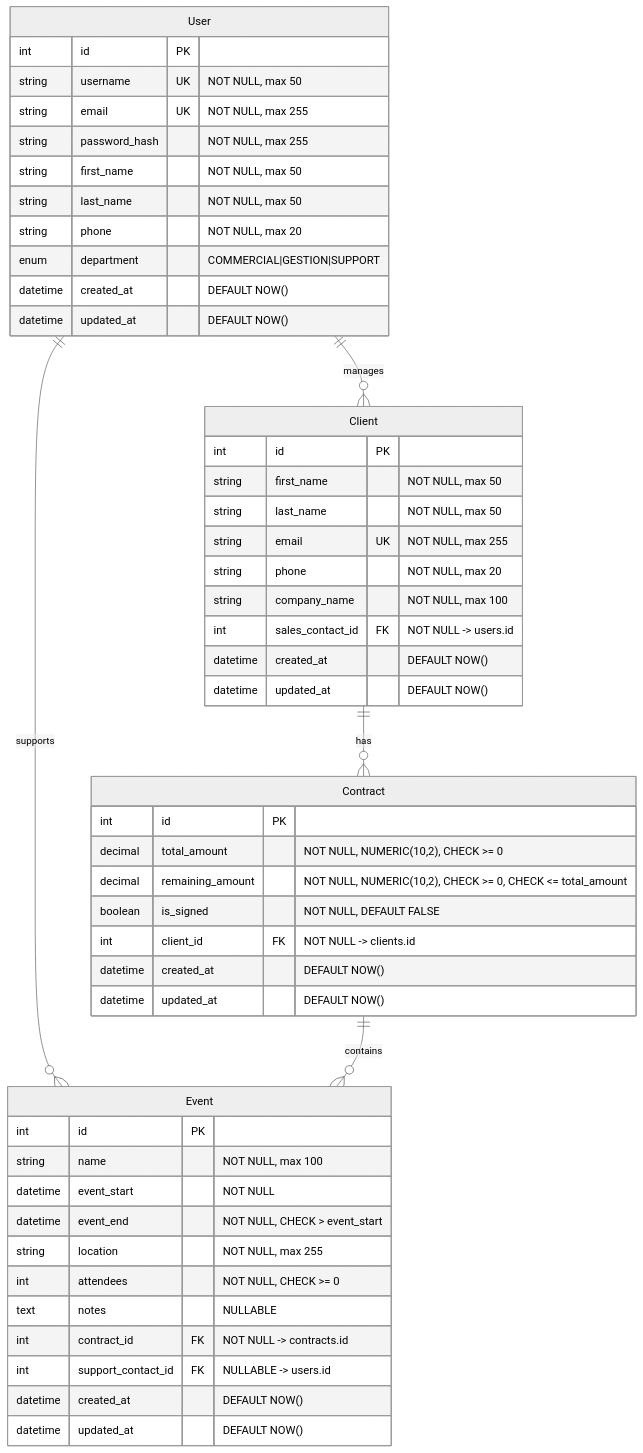
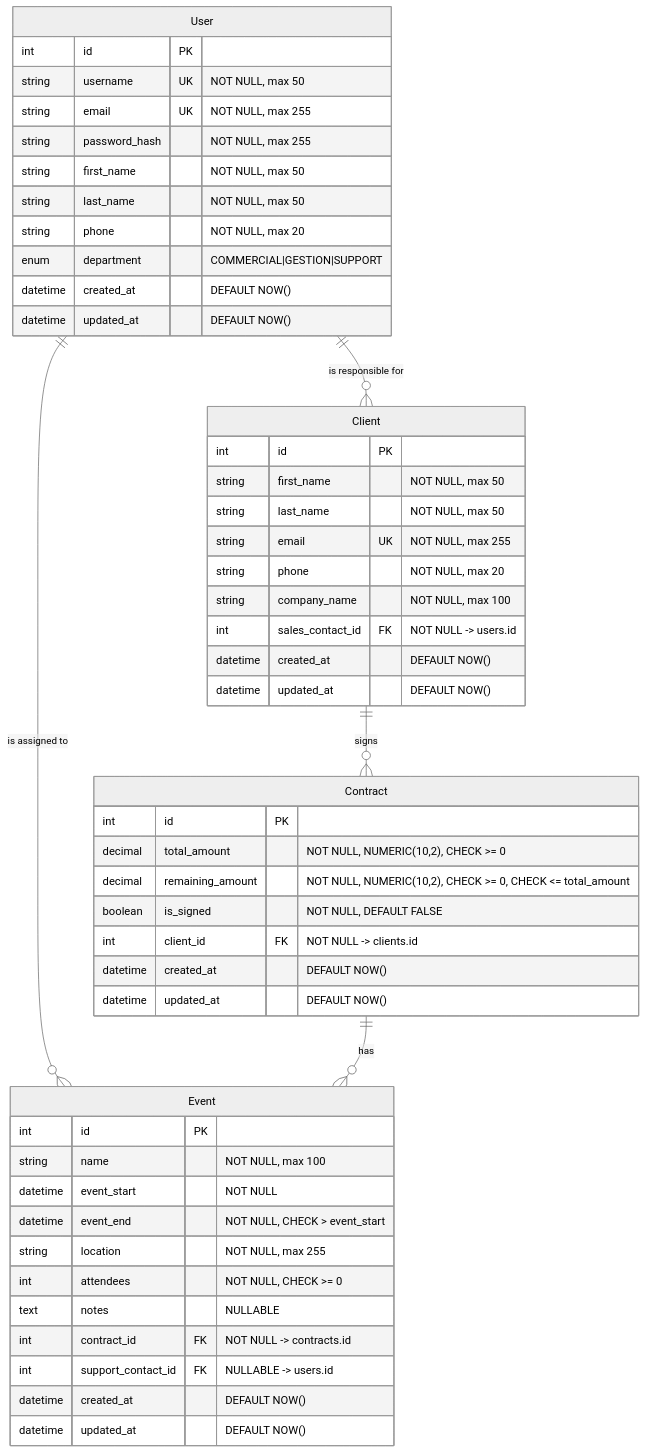
One commit to SebGris/project-12-architecture-back-end changed the diagram in docs/ARCHITECTURE_DIAGRAMS.md. Above: the diagram before and after it, drawn with Mermaid (neutral theme).

Commit message:
refactor(docs): Utiliser les verbes du cahier des charges pour les relations ERD
- User "is responsible for" Client (CDC: "clients dont ils sont responsables")
- User "is assigned to" Event (CDC: "contact support assigné")
- Client signs Contract (CDC: "un client qui a signé un contrat")
- Contract has Event

🤖 Generated with [Claude Code](https://claude.com/claude-code)

````diff
--- a/docs/ARCHITECTURE_DIAGRAMS.md
+++ b/docs/ARCHITECTURE_DIAGRAMS.md
@@ -3,56 +3,56 @@
 ```mermaid
 erDiagram
-    User ||--o{ Client : manages
-    User ||--o{ Event : supports
-    Client ||--o{ Contract : has
-    Contract ||--o{ Event : contains
+    User ||--o{ Client : "is responsible for"
+    User ||--o{ Event : "is assigned to"
+    Client ||--o{ Contract : signs
+    Contract ||--o{ Event : has
 
     User {
         int id PK
         string username UK "NOT NULL, max 50"
         string email UK "NOT NULL, max 255"
         string password_hash "NOT NULL, max 255"
         string first_name "NOT NULL, max 50"
         string last_name "NOT NULL, max 50"
         string phone "NOT NULL, max 20"
         enum department "COMMERCIAL|GESTION|SUPPORT"
         datetime created_at "DEFAULT NOW()"
         datetime updated_at "DEFAULT NOW()"
     }
 
     Client {
         int id PK
         string first_name "NOT NULL, max 50"
         string last_name "NOT NULL, max 50"
         string email UK "NOT NULL, max 255"
         string phone "NOT NULL, max 20"
         string company_name "NOT NULL, max 100"
         int sales_contact_id FK "NOT NULL -> users.id"
         datetime created_at "DEFAULT NOW()"
         datetime updated_at "DEFAULT NOW()"
     }
 
     Contract {
         int id PK
         decimal total_amount "NOT NULL, NUMERIC(10,2), CHECK >= 0"
         decimal remaining_amount "NOT NULL, NUMERIC(10,2), CHECK >= 0, CHECK <= total_amount"
         boolean is_signed "NOT NULL, DEFAULT FALSE"
         int client_id FK "NOT NULL -> clients.id"
         datetime created_at "DEFAULT NOW()"
         datetime updated_at "DEFAULT NOW()"
     }
 
     Event {
         int id PK
         string name "NOT NULL, max 100"
         datetime event_start "NOT NULL"
         datetime event_end "NOT NULL, CHECK > event_start"
         string location "NOT NULL, max 255"
         int attendees "NOT NULL, CHECK >= 0"
         text notes "NULLABLE"
         int contract_id FK "NOT NULL -> contracts.id"
         int support_contact_id FK "NULLABLE -> users.id"
         datetime created_at "DEFAULT NOW()"
         datetime updated_at "DEFAULT NOW()"
     }
 ```
````
